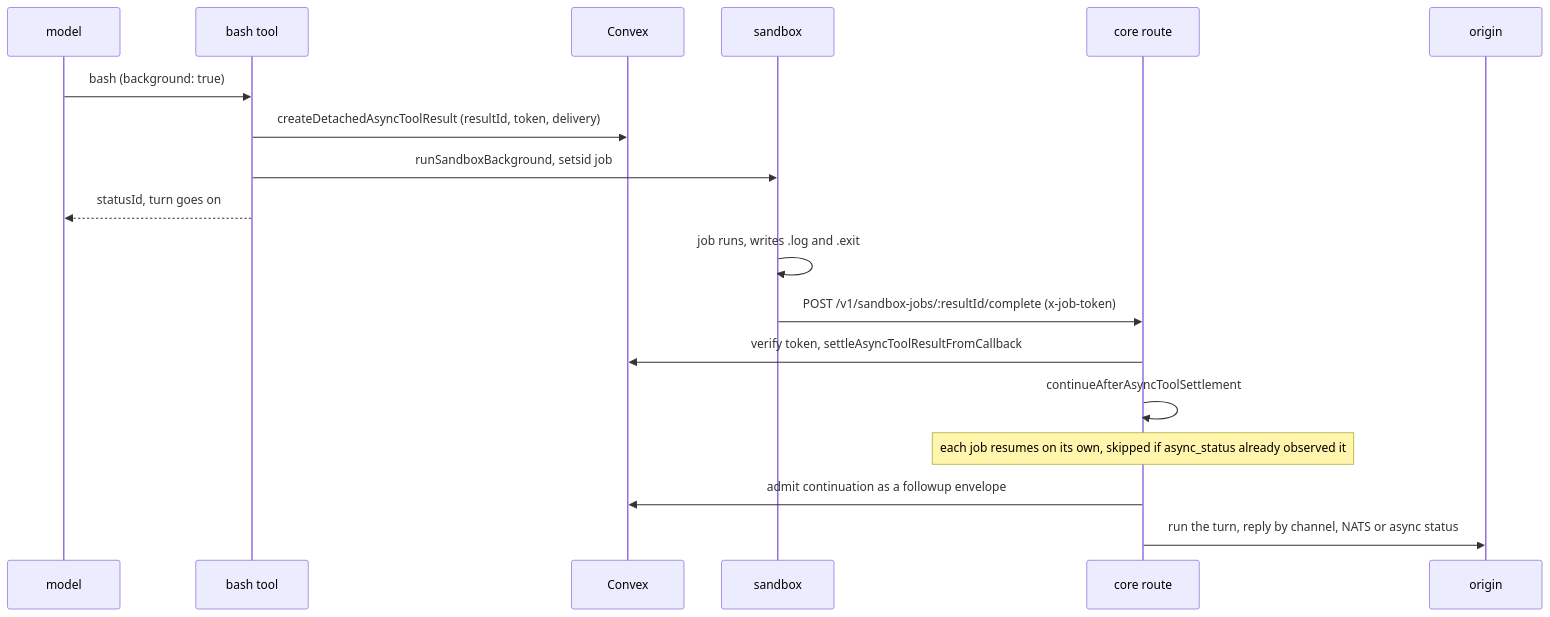
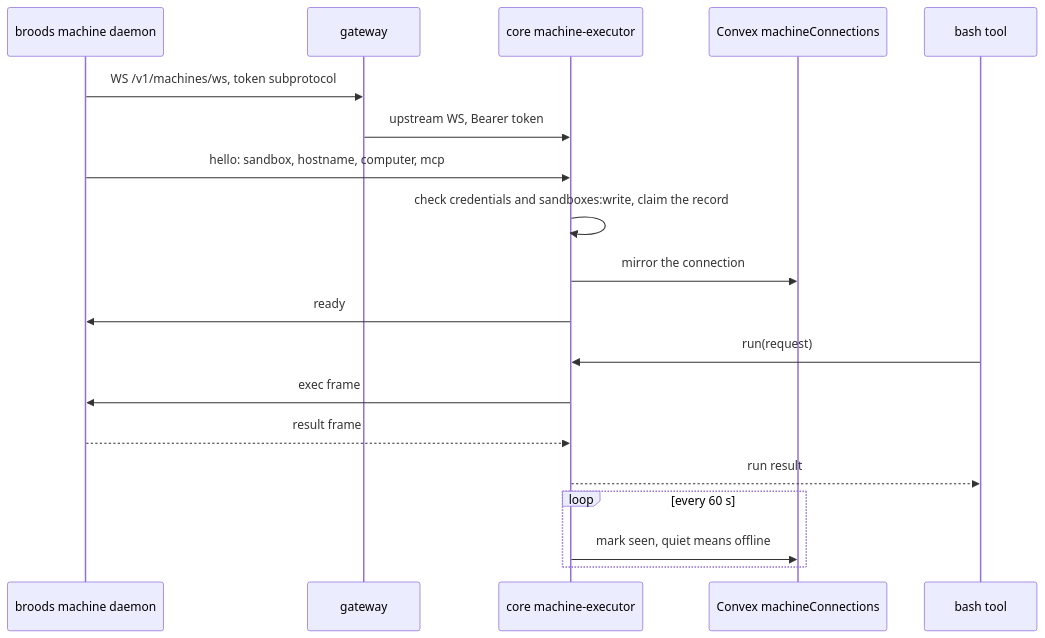
One commit to beeblastco/broods changed diagram 18 of 21 in apps/docs/docs/internals/sandboxes.md. Above: the diagram before and after it, drawn with Mermaid. The commit also changed other lines of this file and 22 other files, not shown here.

First line of the commit message:
docs: fold the Cloudflare pages into their sections, rewrite internals diagram-first (#1010)

````diff
--- a/apps/docs/docs/internals/sandboxes.md
+++ b/apps/docs/docs/internals/sandboxes.md
@@ -391,21 +534,22 @@
 ```mermaid
 sequenceDiagram
-  participant M as model
-  participant B as bash tool
-  participant CVX as Convex
-  participant S as sandbox
-  participant Core as core route
-  participant O as origin
+  participant D as broods machine daemon
+  participant G as gateway
+  participant Core as core machine-executor
+  participant CVX as Convex machineConnections
+  participant T as bash tool
 
-  M->>B: bash (background: true)
-  B->>CVX: createDetachedAsyncToolResult (resultId, token, delivery)
-  B->>S: runSandboxBackground, setsid job
-  B-->>M: statusId, turn goes on
-  S->>S: job runs, writes .log and .exit
-  S->>Core: POST /v1/sandbox-jobs/:resultId/complete (x-job-token)
-  Core->>CVX: verify token, settleAsyncToolResultFromCallback
-  Core->>Core: continueAfterAsyncToolSettlement
-  Note over Core: each job resumes on its own, skipped if async_status already observed it
-  Core->>CVX: admit continuation as a followup envelope
-  Core->>O: run the turn, reply by channel, NATS or async status
+  D->>G: WS /v1/machines/ws, token subprotocol
+  G->>Core: upstream WS, Bearer token
+  D->>Core: hello: sandbox, hostname, computer, mcp
+  Core->>Core: check credentials and sandboxes:write, claim the record
+  Core->>CVX: mirror the connection
+  Core->>D: ready
+  T->>Core: run(request)
+  Core->>D: exec frame
+  D-->>Core: result frame
+  Core-->>T: run result
+  loop every 60 s
+    Core->>CVX: mark seen, quiet means offline
+  end
 ```
````
